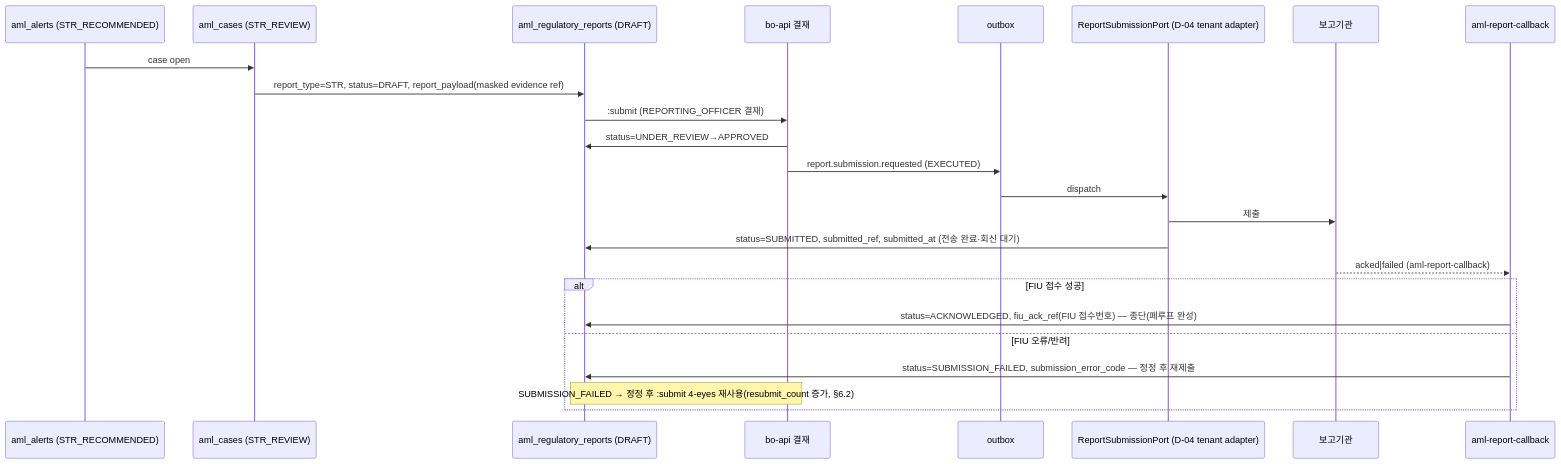
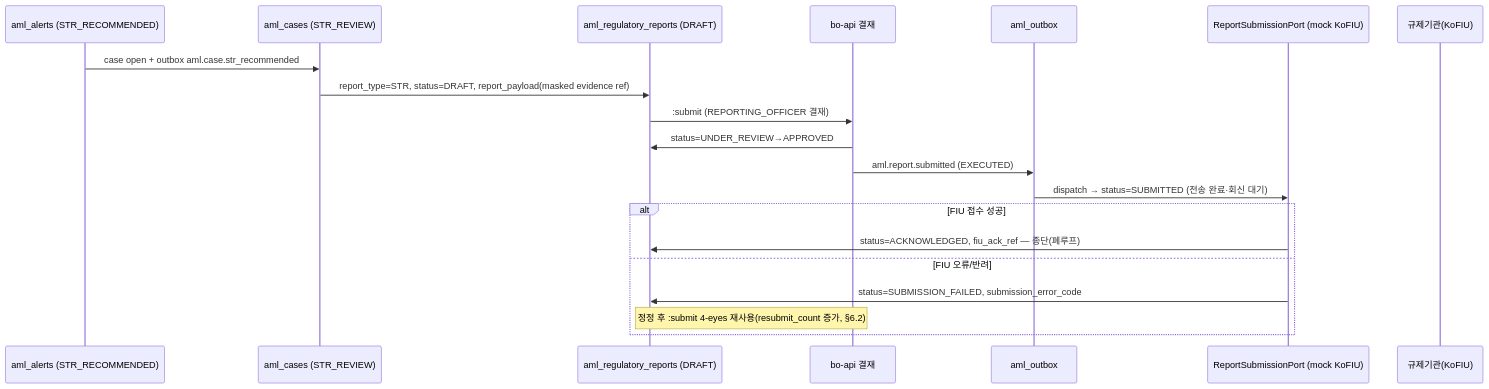
One commit to smkim89/aml-system-docs changed the eighth of 8 diagrams in docs/design/integration/02-aml-integration.md. Above: the diagram before and after it, drawn with Mermaid. The commit also changed other lines of this file and 11 other files, not shown here.

````diff
--- a/docs/design/integration/02-aml-integration.md
+++ b/docs/design/integration/02-aml-integration.md
@@ -525,26 +481,22 @@
 ```mermaid
 sequenceDiagram
     participant ALERT as aml_alerts (STR_RECOMMENDED)
     participant CASE as aml_cases (STR_REVIEW)
     participant RPT as aml_regulatory_reports (DRAFT)
     participant BO as bo-api 결재
-    participant OB as outbox
-    participant ADP as ReportSubmissionPort (D-04 tenant adapter)
-    participant FIU as 보고기관
-    participant CB as aml-report-callback
-    ALERT->>CASE: case open
+    participant OB as aml_outbox
+    participant ADP as ReportSubmissionPort (mock KoFIU)
+    participant FIU as 규제기관(KoFIU)
+    ALERT->>CASE: case open + outbox aml.case.str_recommended
     CASE->>RPT: report_type=STR, status=DRAFT, report_payload(masked evidence ref)
     RPT->>BO: :submit (REPORTING_OFFICER 결재)
     BO->>RPT: status=UNDER_REVIEW→APPROVED
-    BO->>OB: report.submission.requested (EXECUTED)
-    OB->>ADP: dispatch
-    ADP->>FIU: 제출
-    ADP->>RPT: status=SUBMITTED, submitted_ref, submitted_at (전송 완료·회신 대기)
-    FIU-->>CB: acked|failed (aml-report-callback)
+    BO->>OB: aml.report.submitted (EXECUTED)
+    OB->>ADP: dispatch → status=SUBMITTED (전송 완료·회신 대기)
     alt FIU 접수 성공
-        CB->>RPT: status=ACKNOWLEDGED, fiu_ack_ref(FIU 접수번호) — 종단(폐루프 완성)
+        ADP->>RPT: status=ACKNOWLEDGED, fiu_ack_ref — 종단(폐루프)
     else FIU 오류/반려
-        CB->>RPT: status=SUBMISSION_FAILED, submission_error_code — 정정 후 재제출
-        Note over RPT,BO: SUBMISSION_FAILED → 정정 후 :submit 4-eyes 재사용(resubmit_count 증가, §6.2)
+        ADP->>RPT: status=SUBMISSION_FAILED, submission_error_code
+        Note over RPT,BO: 정정 후 :submit 4-eyes 재사용(resubmit_count 증가, §6.2)
     end
 ```
````
